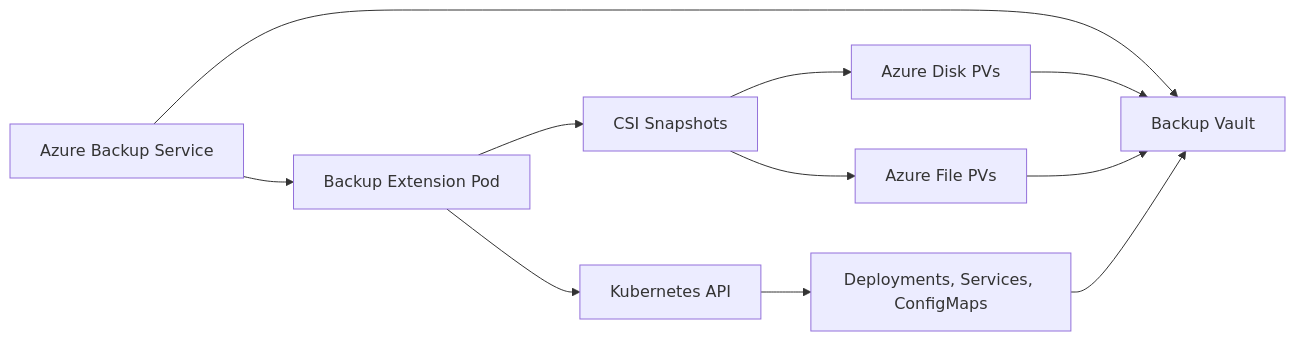
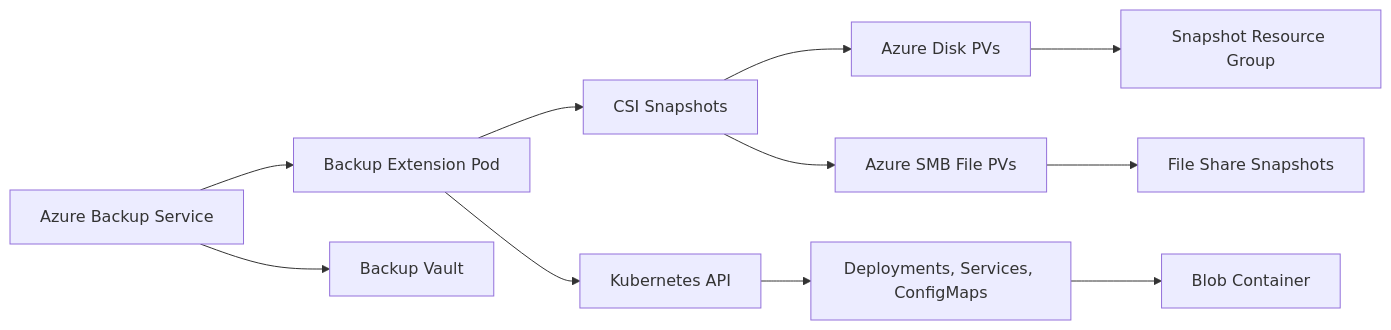
One commit to OneUptime/blog changed the diagram in posts/2026-02-16-how-to-configure-azure-backup-for-azure-kubernetes-service-persistent-volumes/README.md. Above: the diagram before and after it, drawn with Mermaid. The commit also changed other lines of this file and 2 other files, not shown here.

Commit message:
validate: 2026-02-16-how-to-configure-azure-backup-for-azure-kubernetes-service-persistent-volumes

````diff
--- a/posts/2026-02-16-how-to-configure-azure-backup-for-azure-kubernetes-service-persistent-volumes/README.md
+++ b/posts/2026-02-16-how-to-configure-azure-backup-for-azure-kubernetes-service-persistent-volumes/README.md
@@ -17,13 +17,13 @@
 ```mermaid
 graph LR
     A[Azure Backup Service] --> B[Backup Extension Pod]
     B --> C[CSI Snapshots]
     C --> D[Azure Disk PVs]
-    C --> E[Azure File PVs]
+    C --> E[Azure SMB File PVs]
     B --> F[Kubernetes API]
     F --> G[Deployments, Services, ConfigMaps]
-    A --> H[Backup Vault]
-    D --> H
-    E --> H
-    G --> H
+    D --> H[Snapshot Resource Group]
+    E --> I[File Share Snapshots]
+    G --> J[Blob Container]
+    A --> K[Backup Vault]
 ```
````
